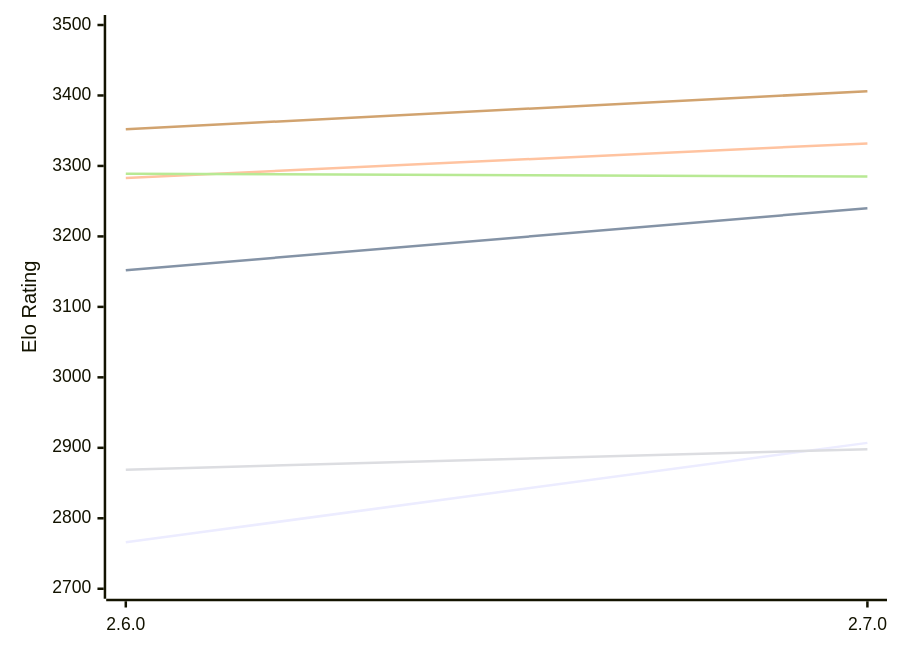
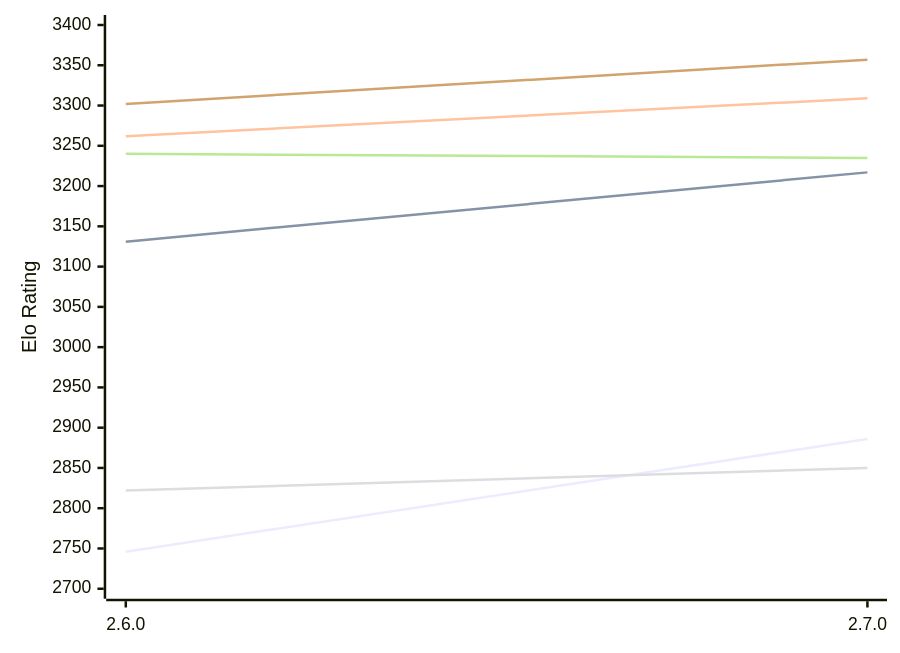
One commit to computer-chess-index/cci changed the first of 2 diagrams in engines/Sturddle2.md. Above: the diagram before and after it, drawn with Mermaid. The commit also changed other lines of this file, not shown here.

Commit message:
Update CCI Ratings (ELO VLTC) - 2026-11-08

````diff
--- a/engines/Sturddle2.md
+++ b/engines/Sturddle2.md
@@ -51,12 +51,12 @@
 ```mermaid
 %%{init: {"theme":"base","themeVariables":{"seriesColors:['#a3a3a3','#222221','#faa371']}}}%%
 xychart-beta
   x-axis ["2.6.0", "2.7.0"]
-  y-axis "Elo Rating" 2700 --> 3500
-  line "E1: STC (8.0+0.08s)" [2766, 2907]
-  line "E1: LTC (60.0+0.60s)" [3152, 3240]
-  line "E1: VLTC (2m24s+1.12s)" [3283, 3332]
-  line "P1: STC (8.0+0.08s)" [2869, 2898]
-  line "P1: LTC (60.0+0.60s)" [3289, 3285]
-  line "P1: VLTC (2m24s+1.12s)" [3352, 3406]
+  y-axis "Elo Rating" 2700 --> 3400
+  line "E1: STC (8.0+0.08s)" [2746, 2886]
+  line "E1: LTC (60.0+0.60s)" [3131, 3217]
+  line "E1: VLTC (2m24s+1.12s)" [3262, 3309]
+  line "P1: STC (8.0+0.08s)" [2822, 2850]
+  line "P1: LTC (60.0+0.60s)" [3240, 3235]
+  line "P1: VLTC (2m24s+1.12s)" [3302, 3357]
 ```
````
